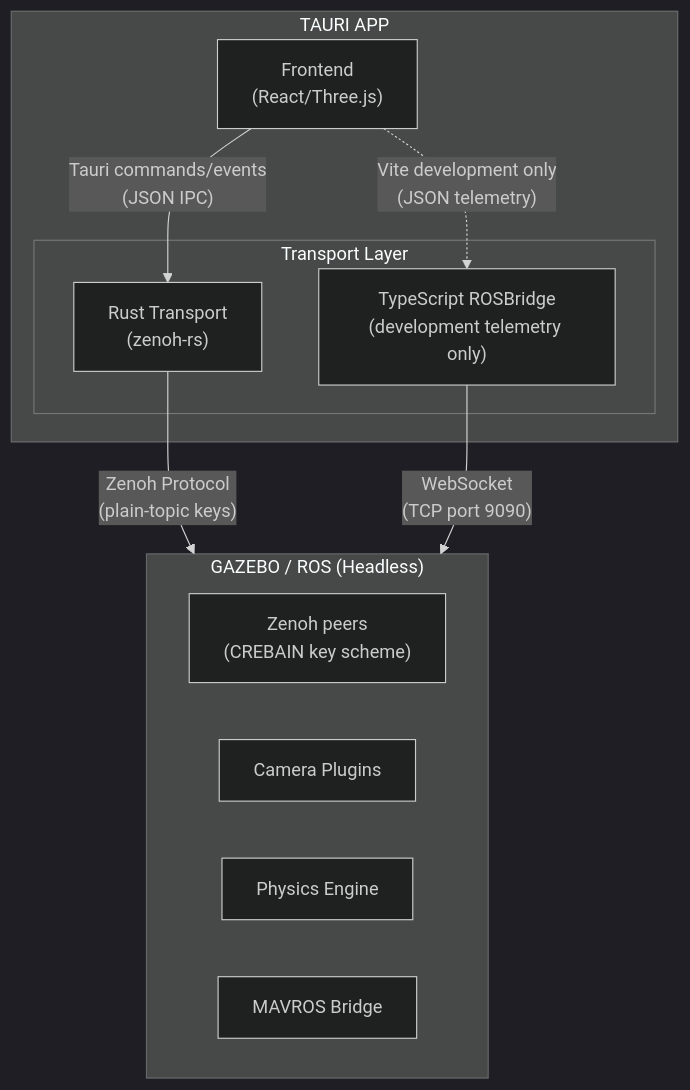
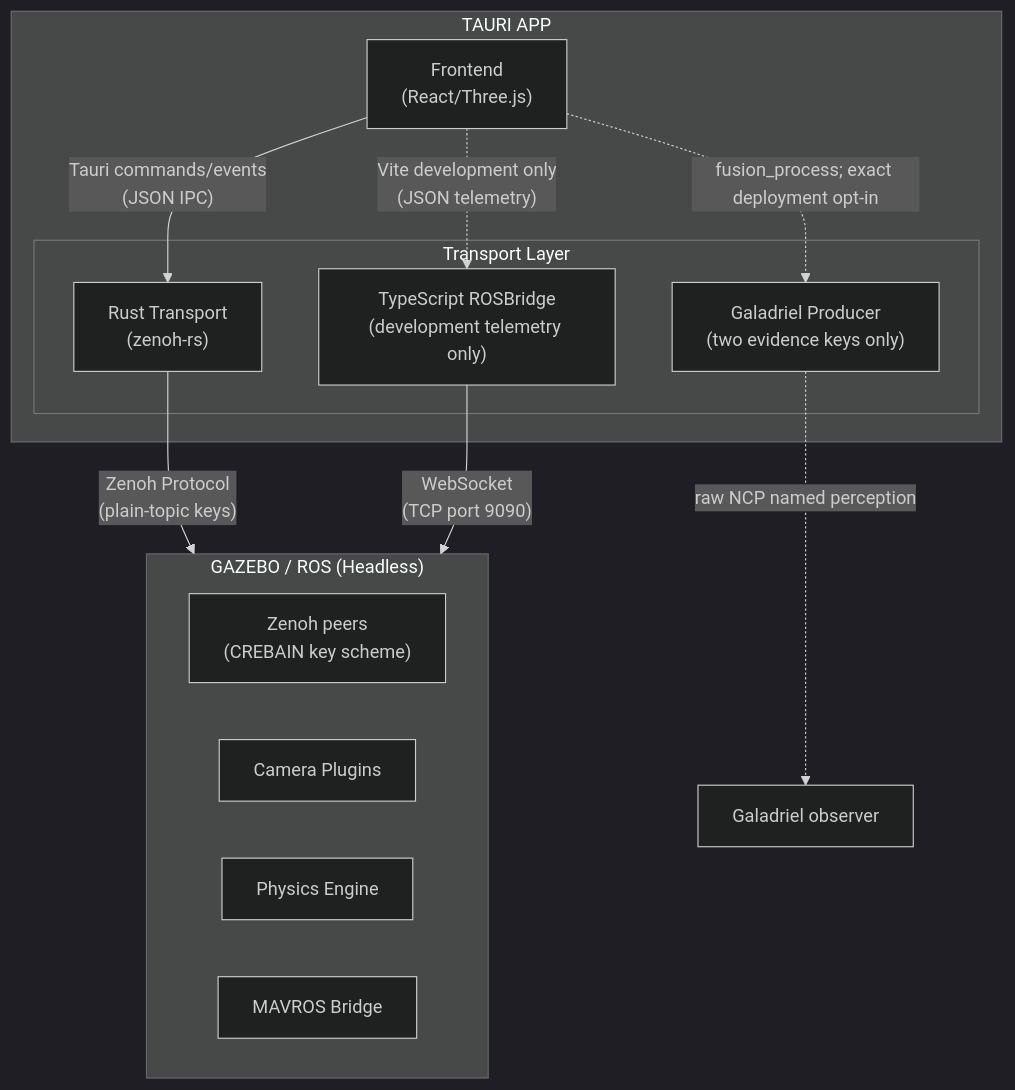
Before and after one commit to sepahead/crebain: the second of 3 diagrams in docs/ARCHITECTURE.md, drawn with Mermaid (dark theme). The commit also changed other lines of this file and 46 other files, not shown here.

First line of the commit message:
feat(galadriel): ship bounded evidence producer (#30)

````diff
--- a/docs/ARCHITECTURE.md
+++ b/docs/ARCHITECTURE.md
@@ -140,24 +154,27 @@
 ```mermaid
 flowchart TB
     subgraph Tauri["TAURI APP"]
         Frontend["Frontend<br/>(React/Three.js)"]
 
         subgraph Transport["Transport Layer"]
             RustZenoh["Rust Transport<br/>(zenoh-rs)"]
             TSBridge["TypeScript ROSBridge<br/>(development telemetry only)"]
+            GaladrielProducer["Galadriel Producer<br/>(two evidence keys only)"]
         end
 
         Frontend -->|"Tauri commands/events<br/>(JSON IPC)"| RustZenoh
         Frontend -.->|"Vite development only<br/>(JSON telemetry)"| TSBridge
+        Frontend -.->|"fusion_process; exact deployment opt-in"| GaladrielProducer
     end
 
     subgraph ROS["GAZEBO / ROS (Headless)"]
         Peers["Zenoh peers<br/>(CREBAIN key scheme)"]
         Camera["Camera Plugins"]
         Physics["Physics Engine"]
         MAVROS["MAVROS Bridge"]
     end
 
     RustZenoh -->|"Zenoh Protocol<br/>(plain-topic keys)"| ROS
     TSBridge -->|"WebSocket<br/>(TCP port 9090)"| ROS
+    GaladrielProducer -. "raw NCP named perception" .-> Observer["Galadriel observer"]
 ```
````
